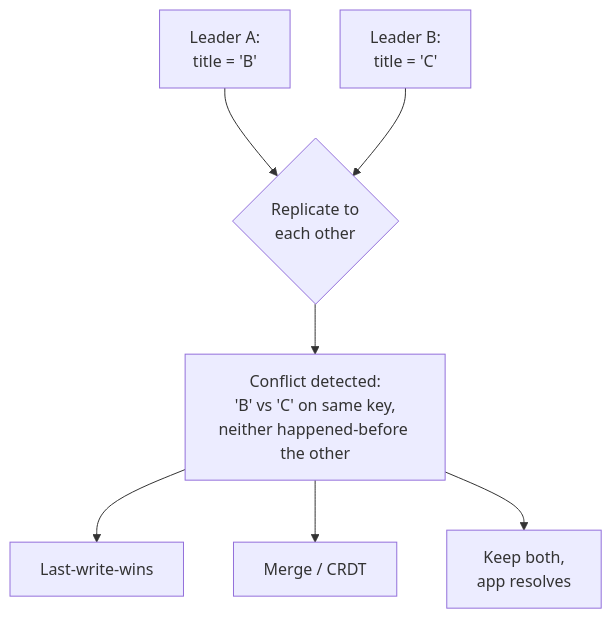
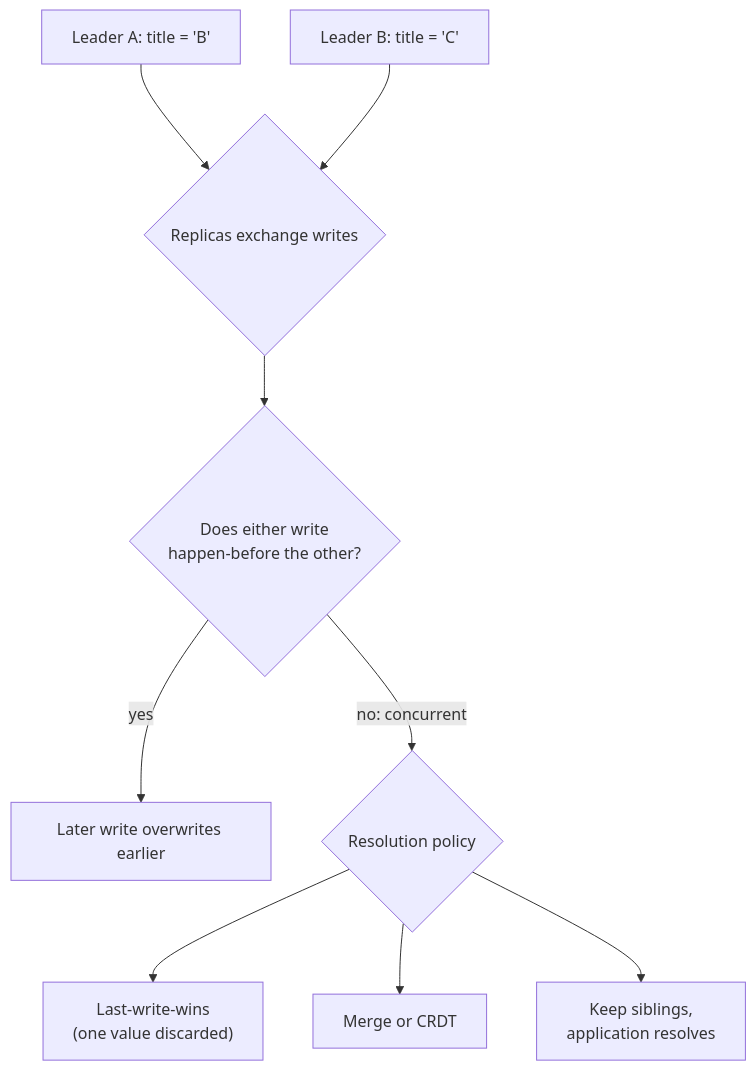
The eighth of 9 diagrams in github-pages/docs/distributed-systems/replication-strategies.md (AndrewAltimit/Documentation), drawn with Mermaid before and after one commit. The commit also changed other lines of this file and 240 other files, not shown here.

````diff
--- a/github-pages/docs/distributed-systems/replication-strategies.md
+++ b/github-pages/docs/distributed-systems/replication-strategies.md
@@ -440,9 +444,11 @@
 ```mermaid
 flowchart TD
-    W1["Leader A:<br/>title = 'B'"] --> Sync{Replicate to<br/>each other}
-    W2["Leader B:<br/>title = 'C'"] --> Sync
-    Sync --> Conflict["Conflict detected:<br/>'B' vs 'C' on same key,<br/>neither happened-before the other"]
-    Conflict --> R1[Last-write-wins]
-    Conflict --> R2[Merge / CRDT]
-    Conflict --> R3[Keep both,<br/>app resolves]
+    A["Leader A: title = 'B'"] --> X{"Replicas exchange writes"}
+    B["Leader B: title = 'C'"] --> X
+    X --> D{"Does either write<br/>happen-before the other?"}
+    D -->|yes| O["Later write overwrites earlier"]
+    D -->|no: concurrent| Res{"Resolution policy"}
+    Res --> LWW["Last-write-wins<br/>(one value discarded)"]
+    Res --> M["Merge or CRDT"]
+    Res --> S["Keep siblings,<br/>application resolves"]
 ```
````
